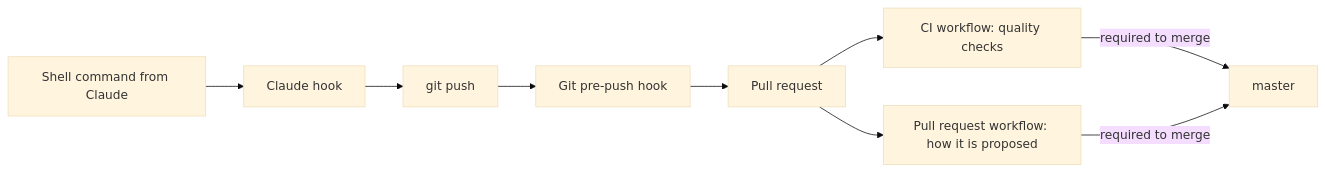
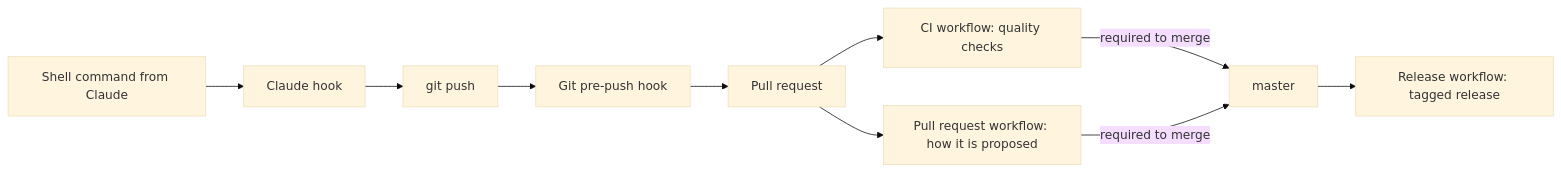
Before and after one commit to stimothy/claude-plans: the diagram in docs/designs/0001-architecture.md, drawn with Mermaid (base theme). The commit also changed other lines of this file and 16 other files, not shown here.

````diff
--- a/docs/designs/0001-architecture.md
+++ b/docs/designs/0001-architecture.md
@@ -14,11 +14,12 @@
 ```mermaid
 flowchart LR
     command["Shell command from Claude"] --> hook["Claude hook"]
     hook --> push["git push"]
     push --> prepush["Git pre-push hook"]
     prepush --> request["Pull request"]
     request --> quality["CI workflow: quality checks"]
     request --> proposal["Pull request workflow: how it is proposed"]
     quality -->|required to merge| master["master"]
     proposal -->|required to merge| master
+    master --> release["Release workflow: tagged release"]
 ```
````
